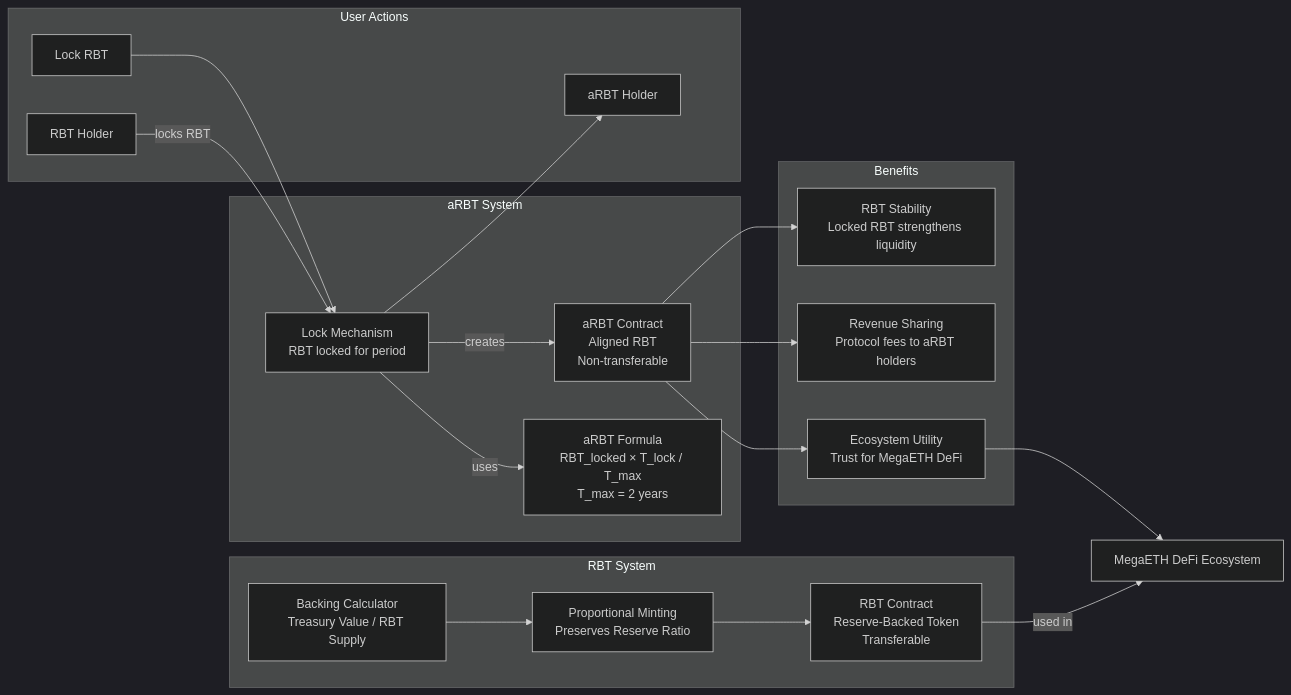
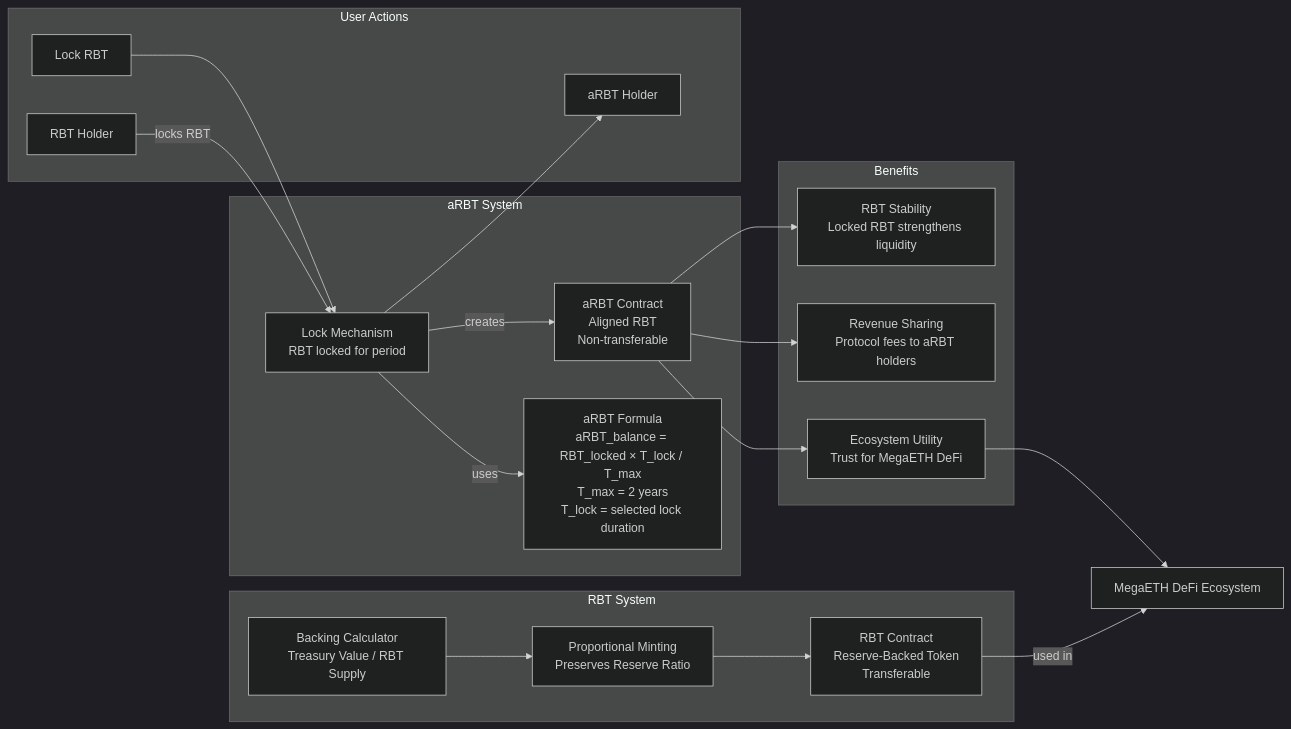
The fourth of 7 diagrams in blackhaven-architecture-diagrams.md (0xJaehaerys/ohmega), drawn with Mermaid (dark theme) before and after one commit. The commit also changed 2 other files, not shown here.

Commit message:
Add aRBT formula diagrams and update existing diagrams
- Create new file with aRBT formula visualization
- Show formula: aRBT_balance = RBT_locked Г— T_lock / T_max
- Visualize value chain: Lock RBT в†’ aRBT/Stability в†’ Demand в†’ MegaETH Use
- Add examples with different lock durations
- Update architecture diagrams with correct formula notation
- Add aRBT to complete system flow diagram
- Based on official Blackhaven documentation formulas

````diff
--- a/blackhaven-architecture-diagrams.md
+++ b/blackhaven-architecture-diagrams.md
@@ -219,43 +219,43 @@
 ```mermaid
 graph LR
     subgraph "RBT System"
         RBT_CONTRACT[RBT Contract<br/>Reserve-Backed Token<br/>Transferable]
         BACKING_CALC[Backing Calculator<br/>Treasury Value / RBT Supply]
         PROPORTIONAL_MINT[Proportional Minting<br/>Preserves Reserve Ratio]
     end
     
     subgraph "aRBT System"
         ARBT_CONTRACT[aRBT Contract<br/>Aligned RBT<br/>Non-transferable]
         LOCK_MECHANISM[Lock Mechanism<br/>RBT locked for period]
-        FORMULA[aRBT Formula<br/>RBT_locked × T_lock / T_max<br/>T_max = 2 years]
+        FORMULA[aRBT Formula<br/>aRBT_balance = RBT_locked × T_lock / T_max<br/>T_max = 2 years<br/>T_lock = selected lock duration]
     end
     
     subgraph "Benefits"
         STABILITY[RBT Stability<br/>Locked RBT strengthens liquidity]
         REVENUE_SHARE[Revenue Sharing<br/>Protocol fees to aRBT holders]
         ECOSYSTEM_UTILITY[Ecosystem Utility<br/>Trust for MegaETH DeFi]
     end
     
     subgraph "User Actions"
         USER_RBT[RBT Holder]
         USER_LOCK[Lock RBT]
         USER_ARBT[aRBT Holder]
     end
     
     USER_RBT -->|locks RBT| LOCK_MECHANISM
     LOCK_MECHANISM -->|creates| ARBT_CONTRACT
     LOCK_MECHANISM -->|uses| FORMULA
     
     BACKING_CALC --> PROPORTIONAL_MINT
     PROPORTIONAL_MINT --> RBT_CONTRACT
     
     ARBT_CONTRACT --> STABILITY
     ARBT_CONTRACT --> REVENUE_SHARE
     ARBT_CONTRACT --> ECOSYSTEM_UTILITY
     
     USER_LOCK --> LOCK_MECHANISM
     LOCK_MECHANISM --> USER_ARBT
     
     RBT_CONTRACT -->|used in| DEFI[MegaETH DeFi Ecosystem]
     ECOSYSTEM_UTILITY --> DEFI
 ```
````
